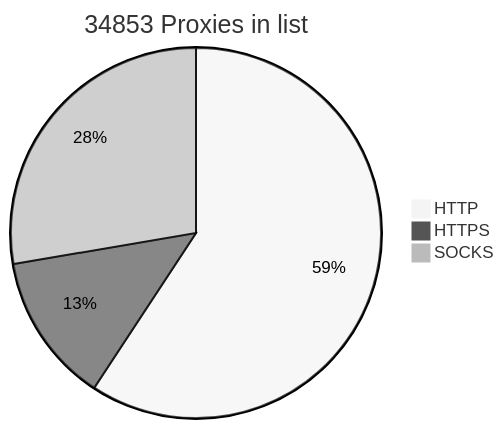
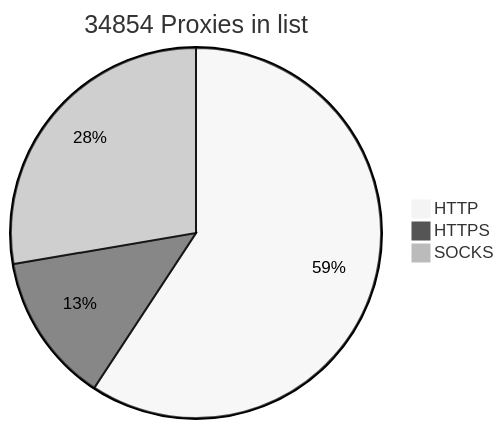
One commit to BlackSnowDot/proxylist-update-every-minute changed the diagram in README.md. Above: the diagram before and after it, drawn with Mermaid (neutral theme).

````diff
--- a/README.md
+++ b/README.md
@@ -2,6 +2,6 @@
 ```mermaid
-pie title 34853 Proxies in list
-    "HTTP" : 22914
-    "HTTPS": 5052
-    "SOCKS" : 10704
+pie title 34854 Proxies in list
+    "HTTP" : 22913
+    "HTTPS": 5053
+    "SOCKS" : 10705
 ```
````
